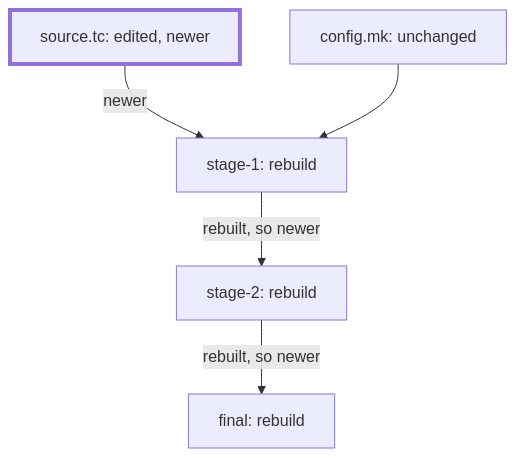
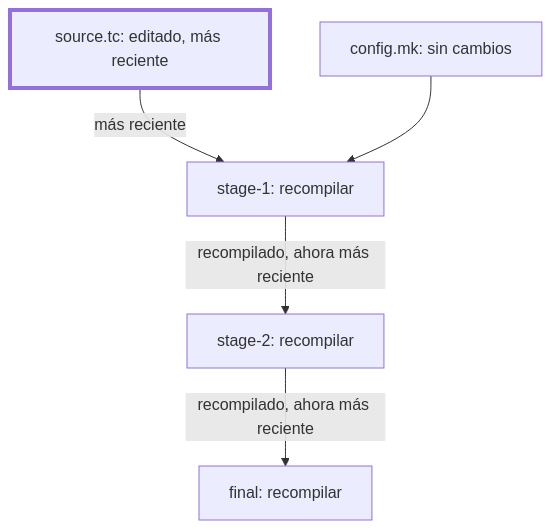
One commit to dullroar/aprende-a-programar-como-un-bicho-raro changed the diagram in lessons/cs-source/concepts/build-automation.md. Above: the diagram before and after it, drawn with Mermaid. The commit also changed other lines of this file and 43 other files, not shown here.

````diff
--- a/lessons/cs-source/concepts/build-automation.md
+++ b/lessons/cs-source/concepts/build-automation.md
@@ -8,11 +8,11 @@
 ```mermaid
 flowchart TB
-    accTitle: A build tool is a dependency-driven scheduler that chooses what to run from the graph and the changed inputs
-    accDescr: A build graph with five files. The files source.tc and config.mk feed stage-1. Stage-1 feeds stage-2, and stage-2 feeds final. The file source.tc has just been edited, so it is drawn with a thick border and it is newer than stage-1. The tool therefore rebuilds stage-1, then stage-2, then final, in that order. The file config.mk is unchanged and plays no part in the decision.
-    src["source.tc: edited, newer"] -->|"newer"| s1["stage-1: rebuild"]
-    cfg["config.mk: unchanged"] --> s1
-    s1 -->|"rebuilt, so newer"| s2["stage-2: rebuild"]
-    s2 -->|"rebuilt, so newer"| fin["final: rebuild"]
+    accTitle: Una herramienta de compilación planifica según las dependencias. Usa el grafo y las entradas que cambiaron para elegir qué ejecutar
+    accDescr: Un grafo de compilación con cinco archivos. Los archivos source.tc y config.mk alimentan a stage-1. Stage-1 alimenta a stage-2 y stage-2 alimenta a final. El archivo source.tc acaba de cambiar. Se dibuja con un borde grueso y es más reciente que stage-1. Por eso la herramienta recompila stage-1, luego stage-2 y por último final, en ese orden. El archivo config.mk sigue igual y no influye en la decisión.
+    src["source.tc: editado, más reciente"] -->|"más reciente"| s1["stage-1: recompilar"]
+    cfg["config.mk: sin cambios"] --> s1
+    s1 -->|"recompilado, ahora más reciente"| s2["stage-2: recompilar"]
+    s2 -->|"recompilado, ahora más reciente"| fin["final: recompilar"]
     classDef changed stroke-width: 4px
     class src changed
 ```
````
